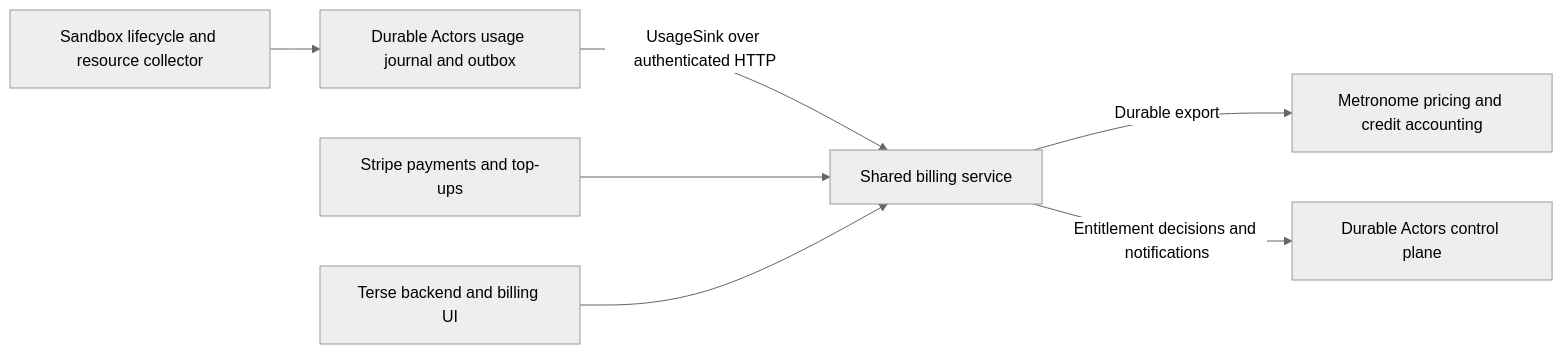
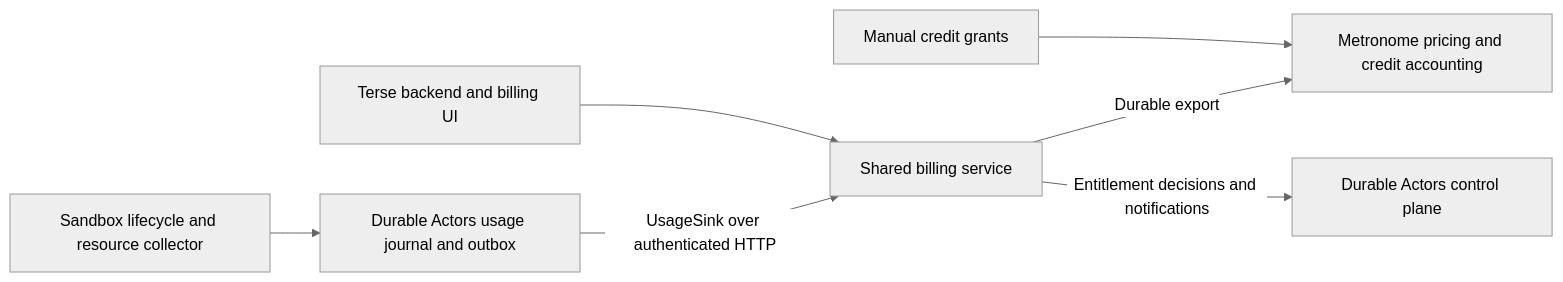
The diagram in docs/plans/sandbox-billing.md (TerseAI/durable-actors), drawn with Mermaid (neutral theme) before and after one commit. The commit also changed other lines of this file and 1 other file, not shown here.

Commit message:
Document manual compute credits without purchase automation

````diff
--- a/docs/plans/sandbox-billing.md
+++ b/docs/plans/sandbox-billing.md
@@ -82,9 +84,9 @@
 ```mermaid
 flowchart LR
     Runtime[Sandbox lifecycle and resource collector] --> Ledger[Durable Actors usage journal and outbox]
     Ledger -->|UsageSink over authenticated HTTP| Billing[Shared billing service]
     Billing -->|Durable export| Metronome[Metronome pricing and credit accounting]
-    Stripe[Stripe payments and top-ups] --> Billing
+    Operator[Manual credit grants] --> Metronome
     Terse[Terse backend and billing UI] --> Billing
     Billing -->|Entitlement decisions and notifications| Control[Durable Actors control plane]
 ```
````
